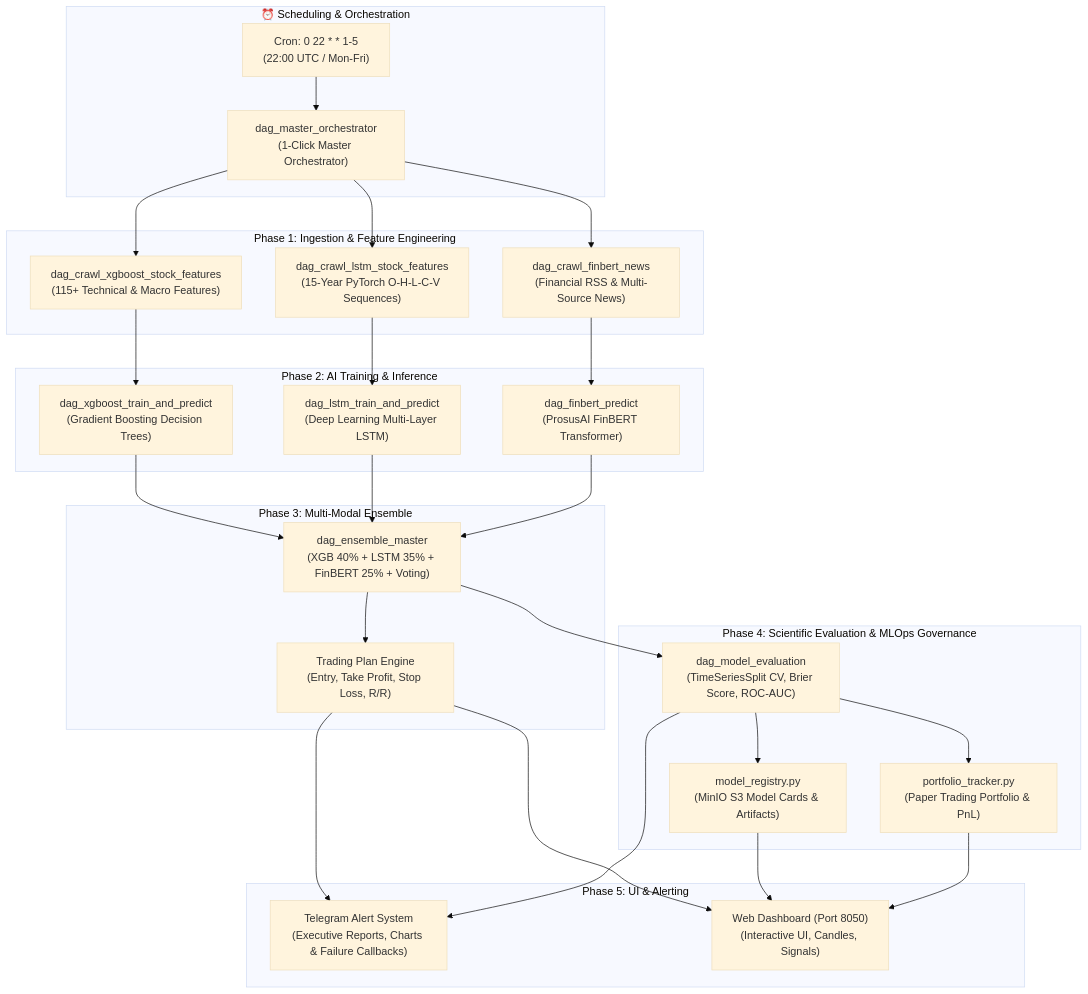
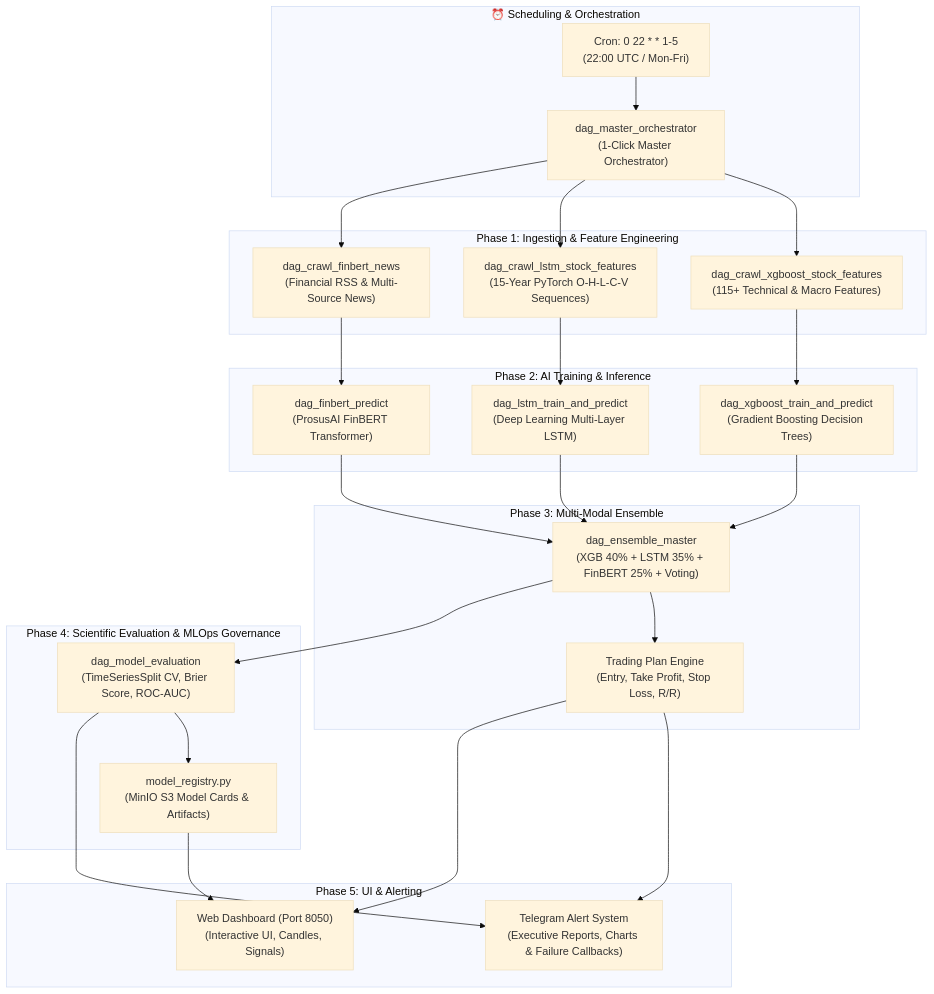
The diagram in README.md (lehoang0702/airflow-stock), drawn with Mermaid (base theme) before and after one commit. The commit also changed other lines of this file and 6 other files, not shown here.

First line of the commit message:
feat: overhaul dashboard for end users with smart screener and remove portfolio tracker

````diff
--- a/README.md
+++ b/README.md
@@ -17,34 +17,33 @@
 ```mermaid
 graph TD
     subgraph Sched["⏰ Scheduling & Orchestration"]
         CRON["Cron: 0 22 * * 1-5<br/>(22:00 UTC / Mon-Fri)"] --> ORCH["dag_master_orchestrator<br/>(1-Click Master Orchestrator)"]
     end
 
     subgraph Phase1["Phase 1: Ingestion & Feature Engineering"]
         ORCH --> P1_XGB["dag_crawl_xgboost_stock_features<br/>(115+ Technical & Macro Features)"]
         ORCH --> P1_LSTM["dag_crawl_lstm_stock_features<br/>(15-Year PyTorch O-H-L-C-V Sequences)"]
         ORCH --> P1_FIN["dag_crawl_finbert_news<br/>(Financial RSS & Multi-Source News)"]
     end
 
     subgraph Phase2["Phase 2: AI Training & Inference"]
         P1_XGB --> P2_XGB["dag_xgboost_train_and_predict<br/>(Gradient Boosting Decision Trees)"]
         P1_LSTM --> P2_LSTM["dag_lstm_train_and_predict<br/>(Deep Learning Multi-Layer LSTM)"]
         P1_FIN --> P2_FIN["dag_finbert_predict<br/>(ProsusAI FinBERT Transformer)"]
     end
 
     subgraph Phase3["Phase 3: Multi-Modal Ensemble"]
         P2_XGB & P2_LSTM & P2_FIN --> P3_ENS["dag_ensemble_master<br/>(XGB 40% + LSTM 35% + FinBERT 25% + Voting)"]
         P3_ENS --> PLAN["Trading Plan Engine<br/>(Entry, Take Profit, Stop Loss, R/R)"]
     end
 
     subgraph Phase4["Phase 4: Scientific Evaluation & MLOps Governance"]
         P3_ENS --> P4_EVAL["dag_model_evaluation<br/>(TimeSeriesSplit CV, Brier Score, ROC-AUC)"]
         P4_EVAL --> REG["model_registry.py<br/>(MinIO S3 Model Cards & Artifacts)"]
-        P4_EVAL --> PORT["portfolio_tracker.py<br/>(Paper Trading Portfolio & PnL)"]
     end
 
     subgraph Phase5["Phase 5: UI & Alerting"]
         PLAN & P4_EVAL --> TG["Telegram Alert System<br/>(Executive Reports, Charts & Failure Callbacks)"]
-        PLAN & REG & PORT --> DASH["Web Dashboard (Port 8050)<br/>(Interactive UI, Candles, Signals)"]
+        PLAN & REG --> DASH["Web Dashboard (Port 8050)<br/>(Interactive UI, Candles, Signals)"]
     end
 ```
````
